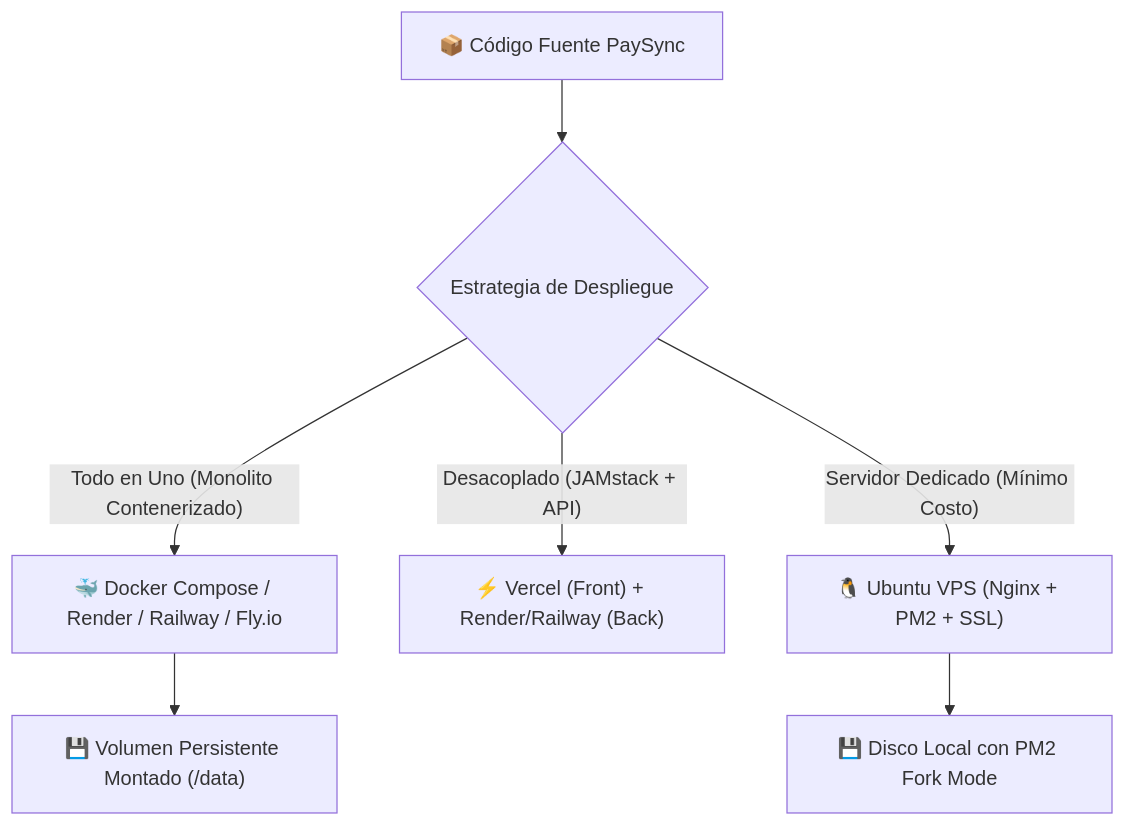
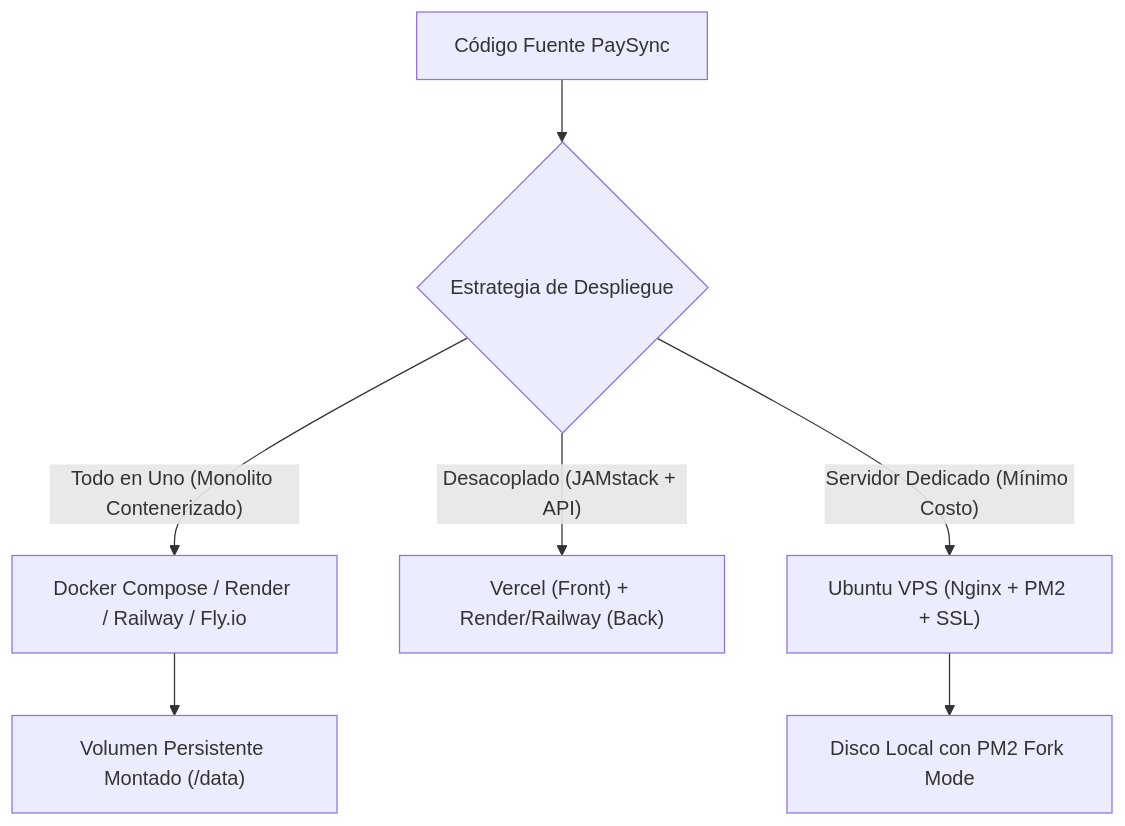
The diagram in docs/04_DevOps-Despliegue/Despliegue-Cloud.md (SebzSGC/Control-Gastos), drawn with Mermaid before and after one commit. The commit also changed other lines of this file and 16 other files, not shown here.

````diff
--- a/docs/04_DevOps-Despliegue/Despliegue-Cloud.md
+++ b/docs/04_DevOps-Despliegue/Despliegue-Cloud.md
@@ -18,11 +18,11 @@
 ```mermaid
 flowchart TD
-    Build["📦 Código Fuente PaySync"] --> Strategy{"Estrategia de Despliegue"}
+    Build["Código Fuente PaySync"] --> Strategy{"Estrategia de Despliegue"}
     
-    Strategy -->|"Todo en Uno (Monolito Contenerizado)"| DockerUnif["🐳 Docker Compose / Render / Railway / Fly.io"]
-    Strategy -->|"Desacoplado (JAMstack + API)"| Decoup["⚡ Vercel (Front) + Render/Railway (Back)"]
-    Strategy -->|"Servidor Dedicado (Mínimo Costo)"| VPS["🐧 Ubuntu VPS (Nginx + PM2 + SSL)"]
+    Strategy -->|"Todo en Uno (Monolito Contenerizado)"| DockerUnif["Docker Compose / Render / Railway / Fly.io"]
+    Strategy -->|"Desacoplado (JAMstack + API)"| Decoup["Vercel (Front) + Render/Railway (Back)"]
+    Strategy -->|"Servidor Dedicado (Mínimo Costo)"| VPS["Ubuntu VPS (Nginx + PM2 + SSL)"]
 
-    DockerUnif --> Persist1["💾 Volumen Persistente Montado (/data)"]
-    VPS --> Persist2["💾 Disco Local con PM2 Fork Mode"]
+    DockerUnif --> Persist1["Volumen Persistente Montado (/data)"]
+    VPS --> Persist2["Disco Local con PM2 Fork Mode"]
 ```
````
